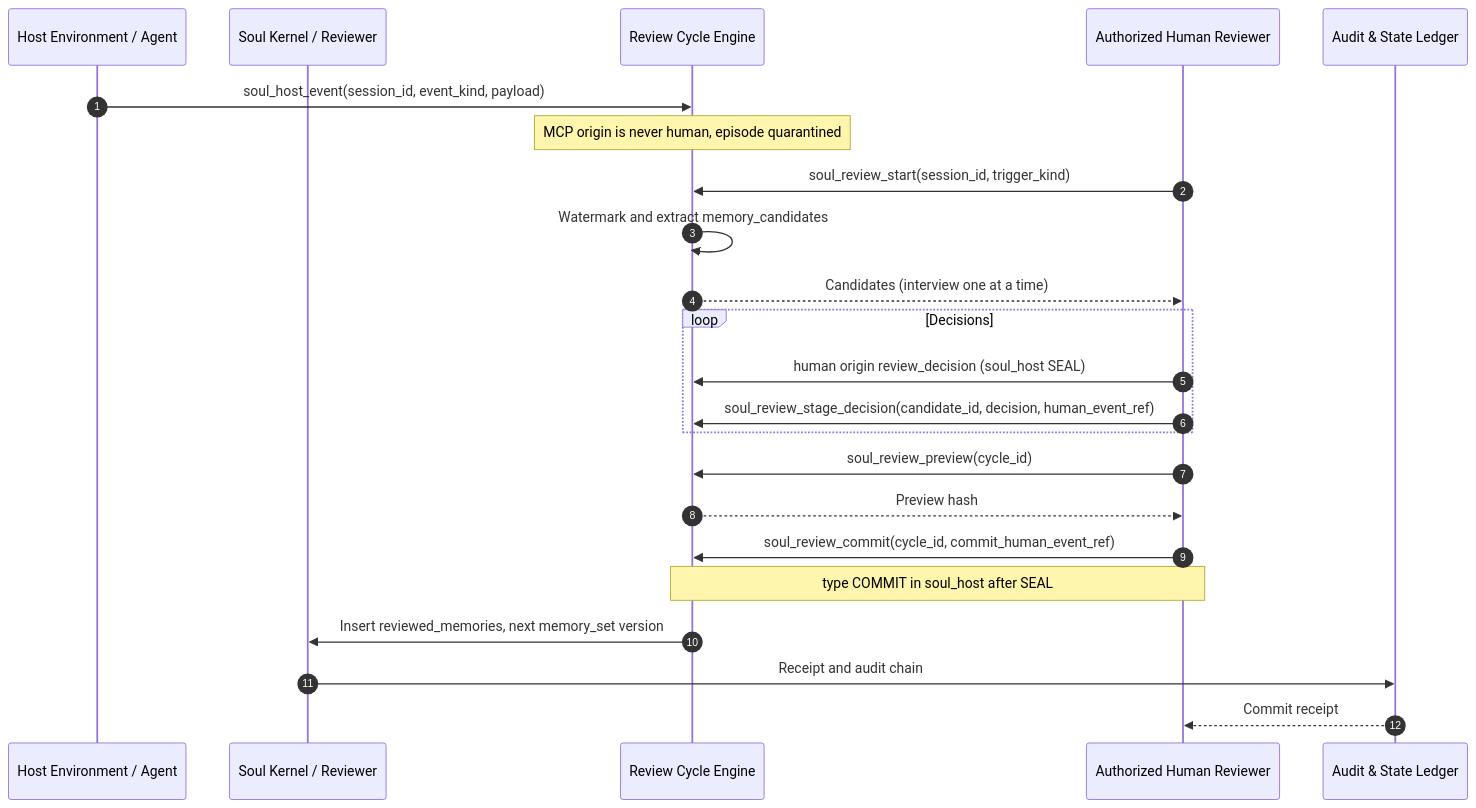
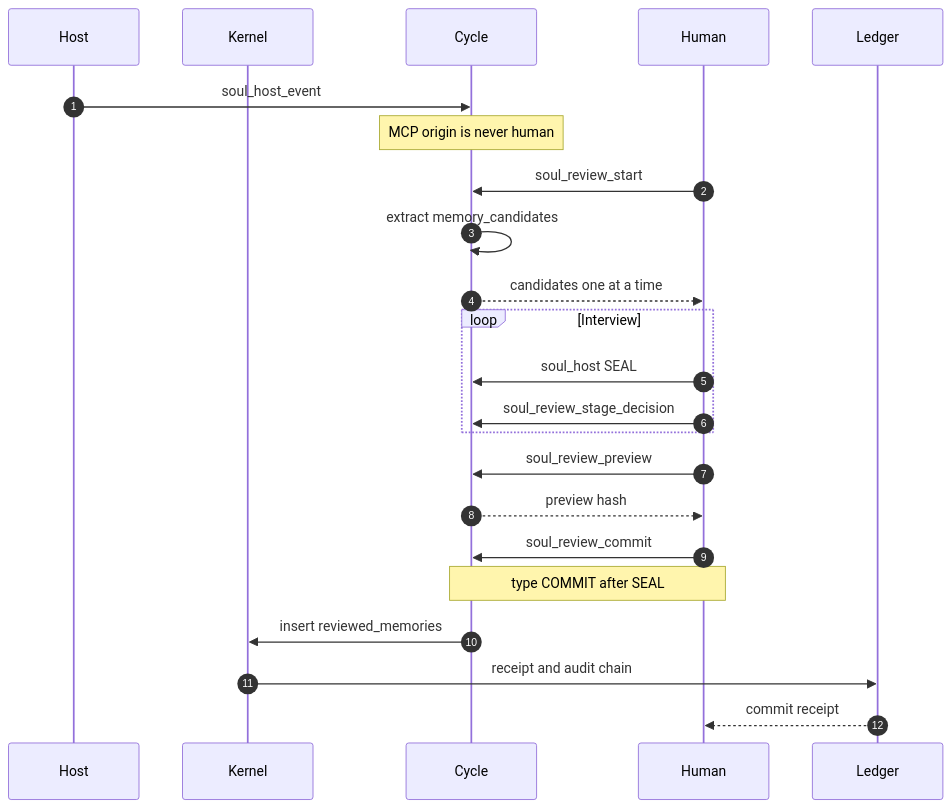
Before and after one commit to Azhonaras/soul-engine: the sixth of 8 diagrams in docs/ARCHITECTURE.md, drawn with Mermaid. The commit also changed other lines of this file and 6 other files, not shown here.

First line of the commit message:
docs: tighten Mermaid for GitHub and cap mypy below 2.

````diff
--- a/docs/ARCHITECTURE.md
+++ b/docs/ARCHITECTURE.md
@@ -401,26 +406,26 @@
 ```mermaid
 sequenceDiagram
     autonumber
-    participant Host as Host Environment / Agent
-    participant Kernel as Soul Kernel / Reviewer
-    participant Cycle as Review Cycle Engine
-    participant Human as Authorized Human Reviewer
-    participant Ledger as Audit & State Ledger
+    participant Host
+    participant Kernel
+    participant Cycle
+    participant Human
+    participant Ledger
 
-    Host->>Cycle: soul_host_event(session_id, event_kind, payload)
-    Note over Cycle: MCP origin is never human, episode quarantined
-    Human->>Cycle: soul_review_start(session_id, trigger_kind)
-    Cycle->>Cycle: Watermark and extract memory_candidates
-    Cycle-->>Human: Candidates (interview one at a time)
-    loop Decisions
-        Human->>Cycle: human origin review_decision (soul_host SEAL)
-        Human->>Cycle: soul_review_stage_decision(candidate_id, decision, human_event_ref)
+    Host->>Cycle: soul_host_event
+    Note over Cycle: MCP origin is never human
+    Human->>Cycle: soul_review_start
+    Cycle->>Cycle: extract memory_candidates
+    Cycle-->>Human: candidates one at a time
+    loop Interview
+        Human->>Cycle: soul_host SEAL
+        Human->>Cycle: soul_review_stage_decision
     end
-    Human->>Cycle: soul_review_preview(cycle_id)
-    Cycle-->>Human: Preview hash
-    Human->>Cycle: soul_review_commit(cycle_id, commit_human_event_ref)
-    Note over Human,Cycle: type COMMIT in soul_host after SEAL
-    Cycle->>Kernel: Insert reviewed_memories, next memory_set version
-    Kernel->>Ledger: Receipt and audit chain
-    Ledger-->>Human: Commit receipt
+    Human->>Cycle: soul_review_preview
+    Cycle-->>Human: preview hash
+    Human->>Cycle: soul_review_commit
+    Note over Human,Cycle: type COMMIT after SEAL
+    Cycle->>Kernel: insert reviewed_memories
+    Kernel->>Ledger: receipt and audit chain
+    Ledger-->>Human: commit receipt
 ```
````
